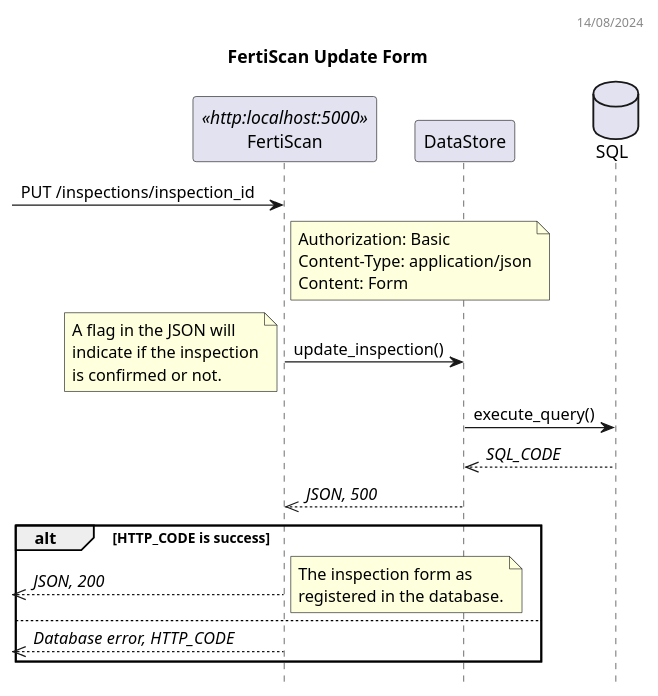
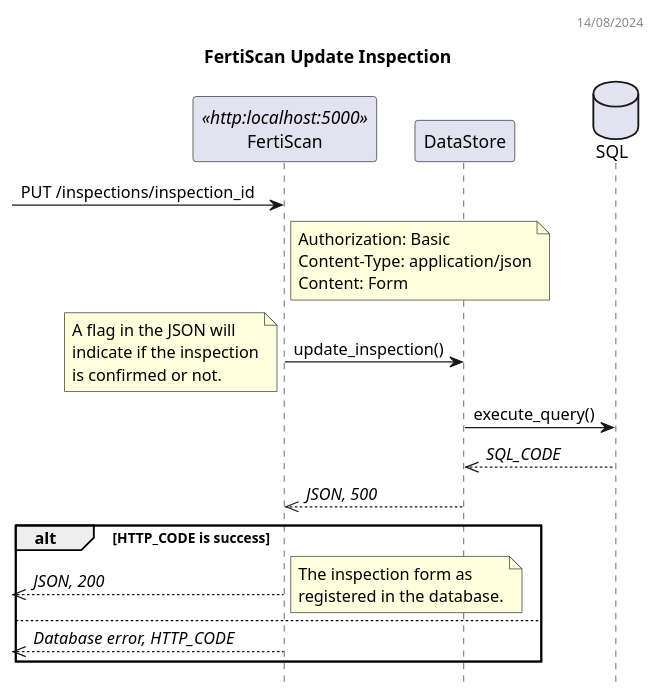
The diagram in docs/plantuml/update_inspection_dss.puml (ai-cfia/fertiscan-backend), drawn with PlantUML before and after one commit. The commit also changed 14 other files, not shown here.

Commit message:
refactor: Update page titles in plantuml diagrams

```diff
--- a/docs/plantuml/update_inspection_dss.puml
+++ b/docs/plantuml/update_inspection_dss.puml
@@ -1,37 +1,37 @@
 @startuml FertiScan Sequence Diagram
 header 14/08/2024
 
-title FertiScan Update Form
+title FertiScan Update Inspection
 hide empty members
 hide footbox
 
 participant FertiScan as BE <<http:localhost:5000>>
 participant DataStore as DS
 database SQL as DB
 
 -> BE: PUT /inspections/inspection_id
 note right BE
   Authorization: Basic
   Content-Type: application/json
   Content: Form
 end note
 BE -> DS: update_inspection()
 note left
   A flag in the JSON will
   indicate if the inspection
   is confirmed or not.
 end note
 DS -> DB: execute_query()
 DS <<-- DB: //SQL_CODE//
 BE <<-- DS: //JSON, 500//
 alt HTTP_CODE is success
   <<-- BE: //JSON, 200//
   note right
   The inspection form as
   registered in the database.
   end note
 else
   <<-- BE: //Database error, HTTP_CODE//
 end
 
 @enduml
```
